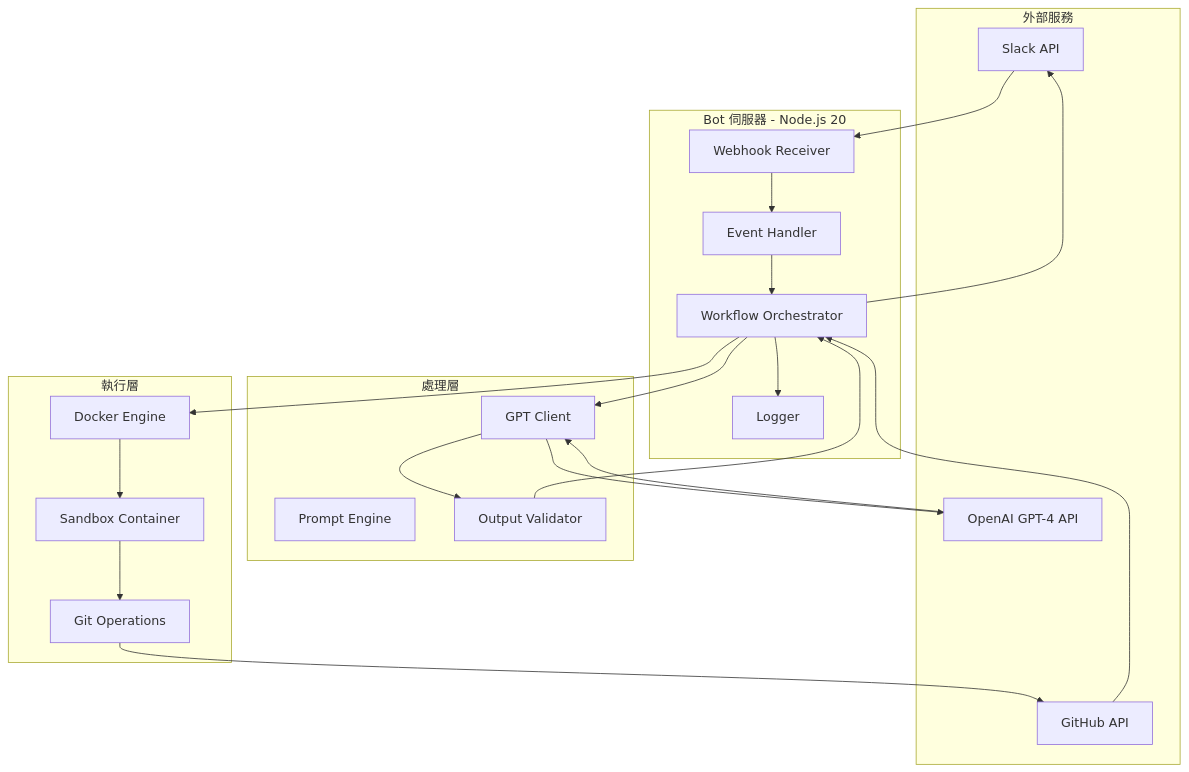
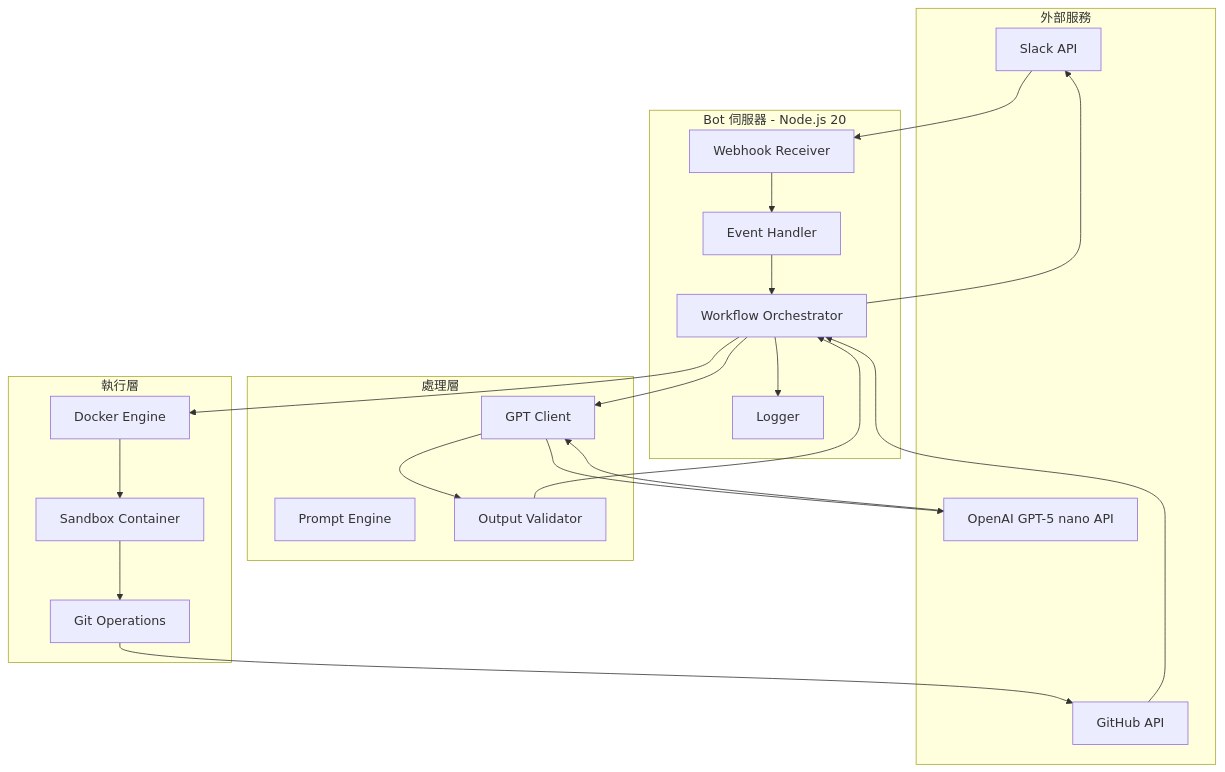
Before and after one commit to ro9er117911/SDD_kit: the diagram in archive/plan_v0.md, drawn with Mermaid. The commit also changed other lines of this file and 7 other files, not shown here.

````diff
--- a/archive/plan_v0.md
+++ b/archive/plan_v0.md
@@ -4,43 +4,43 @@
 ```mermaid
 graph TB
   subgraph External[外部服務]
     SLACK[Slack API]
-    OPENAI[OpenAI GPT-4 API]
+    OPENAI[OpenAI GPT-5 nano API]
     GITHUB[GitHub API]
   end
 
   subgraph BotServer[Bot 伺服器 - Node.js 20]
     WEBHOOK[Webhook Receiver]
     HANDLER[Event Handler]
     ORCHESTRATOR[Workflow Orchestrator]
     LOGGER[Logger]
   end
 
   subgraph Processing[處理層]
     GPT_CLIENT[GPT Client]
     PROMPT_ENGINE[Prompt Engine]
     VALIDATOR[Output Validator]
   end
 
   subgraph Execution[執行層]
     DOCKER[Docker Engine]
     SANDBOX[Sandbox Container]
     GIT_OPS[Git Operations]
   end
 
   SLACK --> WEBHOOK
   WEBHOOK --> HANDLER
   HANDLER --> ORCHESTRATOR
   ORCHESTRATOR --> GPT_CLIENT
   GPT_CLIENT --> OPENAI
   OPENAI --> GPT_CLIENT
   GPT_CLIENT --> VALIDATOR
   VALIDATOR --> ORCHESTRATOR
   ORCHESTRATOR --> DOCKER
   DOCKER --> SANDBOX
   SANDBOX --> GIT_OPS
   GIT_OPS --> GITHUB
   GITHUB --> ORCHESTRATOR
   ORCHESTRATOR --> SLACK
   ORCHESTRATOR --> LOGGER
 ```
````
